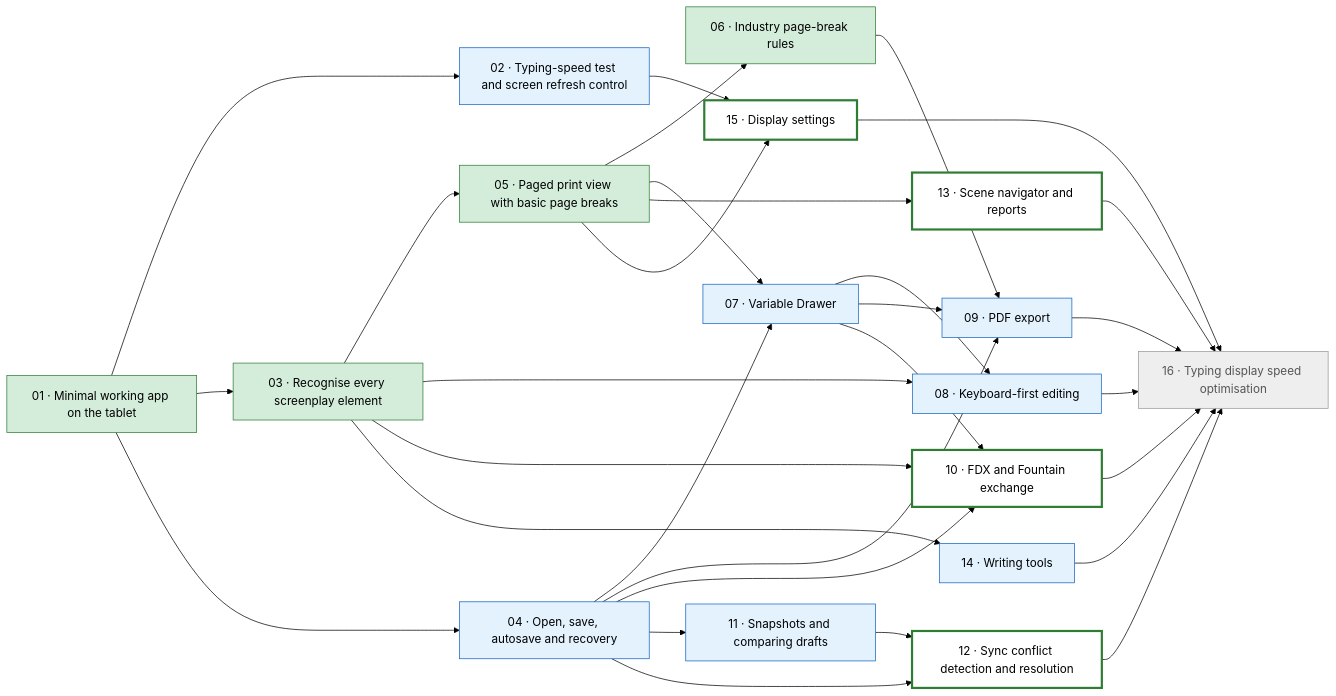
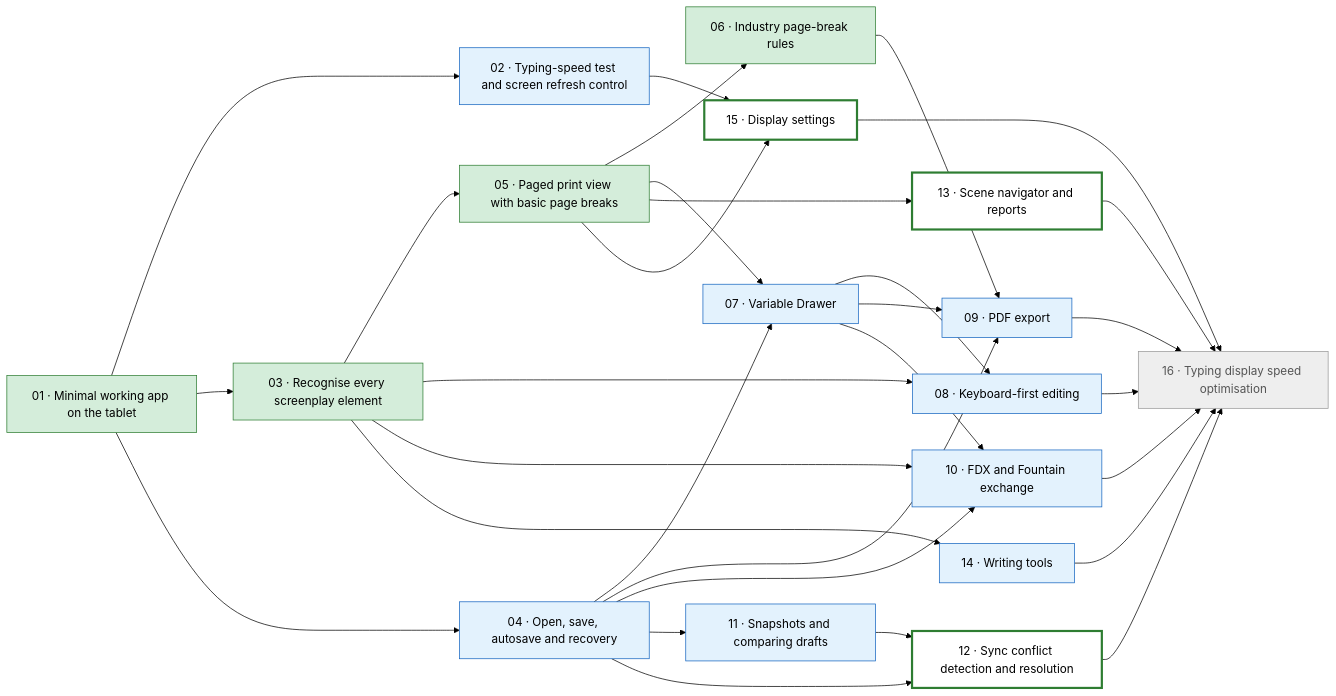
The diagram in PLAN.md (mikebgio/eink-screenplay-writer), drawn with Mermaid (forest theme) before and after one commit. The commit also changed other lines of this file and 17 other files, not shown here.

First line of the commit message:
10: FDX and Fountain exchange (#27)

````diff
--- a/PLAN.md
+++ b/PLAN.md
@@ -45,53 +45,53 @@
 ```mermaid
 flowchart LR
   T01["01 · Minimal working app on the tablet"]:::done
   T02["02 · Typing-speed test and screen refresh control"]:::needsdevice
   T03["03 · Recognise every screenplay element"]:::done
   T04["04 · Open, save, autosave and recovery"]:::needsdevice
   T05["05 · Paged print view with basic page breaks"]:::done
   T06["06 · Industry page-break rules"]:::done
   T07["07 · Variable Drawer"]:::needsdevice
   T08["08 · Keyboard-first editing"]:::needsdevice
   T09["09 · PDF export"]:::needsdevice
-  T10["10 · FDX and Fountain exchange"]:::ready
+  T10["10 · FDX and Fountain exchange"]:::needsdevice
   T11["11 · Snapshots and comparing drafts"]:::needsdevice
   T12["12 · Sync conflict detection and resolution"]:::ready
   T13["13 · Scene navigator and reports"]:::ready
   T14["14 · Writing tools"]:::needsdevice
   T15["15 · Display settings"]:::ready
   T16["16 · Typing display speed optimisation"]:::blocked
   T01 --> T02
   T01 --> T03
   T01 --> T04
   T03 --> T05
   T05 --> T06
   T04 --> T07
   T05 --> T07
   T03 --> T08
   T07 --> T08
   T04 --> T09
   T06 --> T09
   T07 --> T09
   T03 --> T10
   T04 --> T10
   T07 --> T10
   T04 --> T11
   T04 --> T12
   T11 --> T12
   T05 --> T13
   T03 --> T14
   T02 --> T15
   T05 --> T15
   T08 --> T16
   T09 --> T16
   T10 --> T16
   T12 --> T16
   T13 --> T16
   T14 --> T16
   T15 --> T16
   classDef done fill:#d4edda,stroke:#2e7d32,color:#000
   classDef needsdevice fill:#e3f2fd,stroke:#1565c0,color:#000
   classDef inprogress fill:#fff3cd,stroke:#b8860b,color:#000
   classDef ready fill:#ffffff,stroke:#2e7d32,stroke-width:3px,color:#000
   classDef blocked fill:#eeeeee,stroke:#999,color:#555
 ```
````
